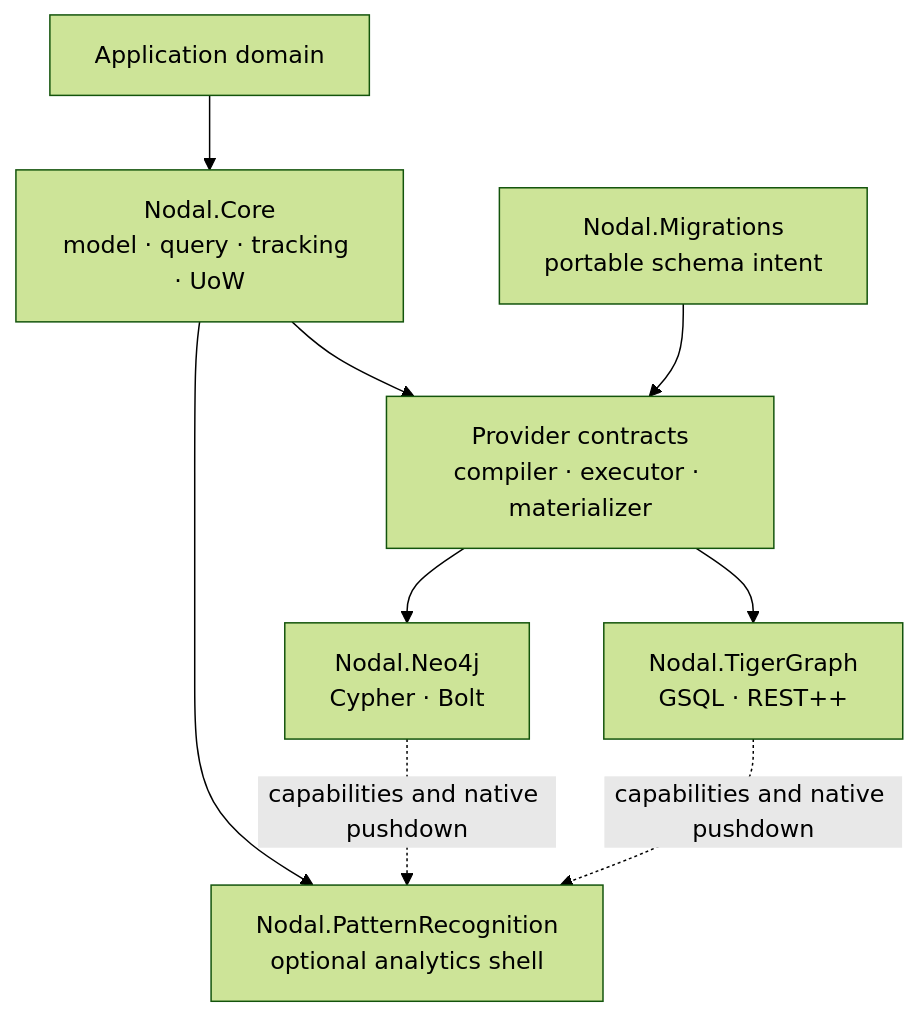
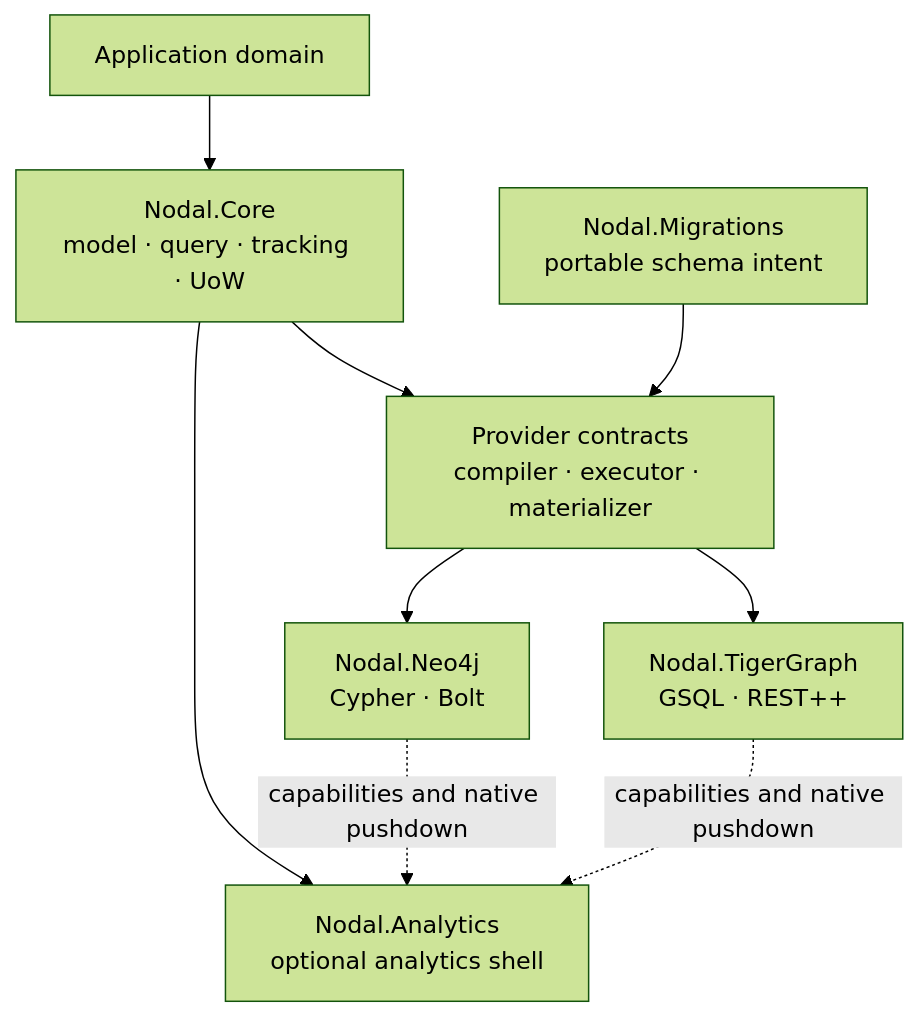
One commit to Greenstone-Research-Lab/NodalFramework changed the diagram in website/docs/architecture.md. Above: the diagram before and after it, drawn with Mermaid (forest theme). The commit also changed other lines of this file and 21 other files, not shown here.

````diff
--- a/website/docs/architecture.md
+++ b/website/docs/architecture.md
@@ -8,11 +8,11 @@
 ```mermaid
 flowchart TB
   App["Application domain"] --> Core["Nodal.Core\nmodel · query · tracking · UoW"]
   Core --> Contract["Provider contracts\ncompiler · executor · materializer"]
   Contract --> Neo["Nodal.Neo4j\nCypher · Bolt"]
   Contract --> Tiger["Nodal.TigerGraph\nGSQL · REST++"]
   Migrations["Nodal.Migrations\nportable schema intent"] --> Contract
-  Core --> Pattern["Nodal.PatternRecognition\noptional analytics shell"]
+  Core --> Pattern["Nodal.Analytics\noptional analytics shell"]
   Neo -. "capabilities and native pushdown" .-> Pattern
   Tiger -. "capabilities and native pushdown" .-> Pattern
 ```
````
